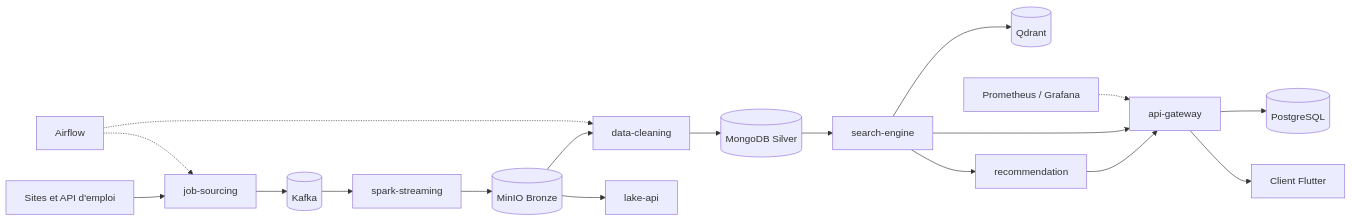
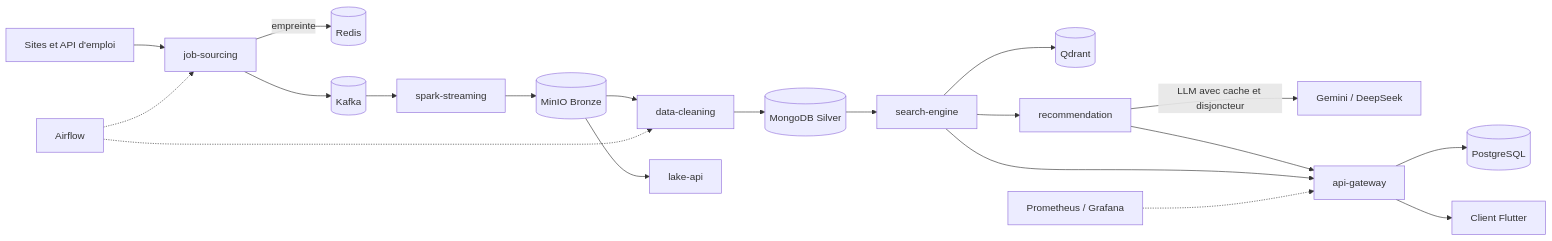
Before and after one commit to Jean-Paul15/talentFlow: the diagram in README.md, drawn with Mermaid. The commit also changed other lines of this file, not shown here.

````diff
--- a/README.md
+++ b/README.md
@@ -23,20 +35,22 @@
 ```mermaid
 flowchart LR
   S[Sites et API d'emploi] --> JS[job-sourcing]
+  JS -->|empreinte| R[(Redis)]
   JS --> K[(Kafka)]
   K --> SS[spark-streaming]
   SS --> B[(MinIO Bronze)]
   B --> DC[data-cleaning]
   DC --> M[(MongoDB Silver)]
   M --> SE[search-engine]
   SE --> Q[(Qdrant)]
   B --> LA[lake-api]
   SE --> RC[recommendation]
+  RC -->|LLM avec cache et disjoncteur| L[Gemini / DeepSeek]
   RC --> GW[api-gateway]
   SE --> GW
   GW --> PG[(PostgreSQL)]
   GW --> FL[Client Flutter]
   AF[Airflow] -.-> JS
   AF -.-> DC
   PR[Prometheus / Grafana] -.-> GW
 ```
````
